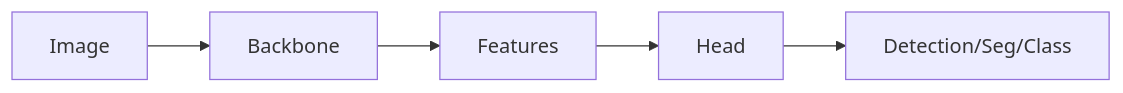
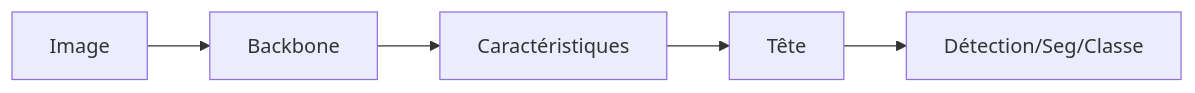
Before and after one commit to EmersonBraun/ai-summary-hub: the diagram in i18n/fr/docusaurus-plugin-content-docs/current/cv/index.md, drawn with Mermaid. The commit also changed other lines of this file and 230 other files, not shown here.

````diff
--- a/i18n/fr/docusaurus-plugin-content-docs/current/cv/index.md
+++ b/i18n/fr/docusaurus-plugin-content-docs/current/cv/index.md
@@ -17,7 +19,7 @@
 ```mermaid
 flowchart LR
   Image[Image] --> Backbone[Backbone]
-  Backbone --> Features[Features]
-  Features --> Head[Head]
-  Head --> Output["Detection/Seg/Class"]
+  Backbone --> Features[Caractéristiques]
+  Features --> Head[Tête]
+  Head --> Output["Détection/Seg/Classe"]
 ```
````
